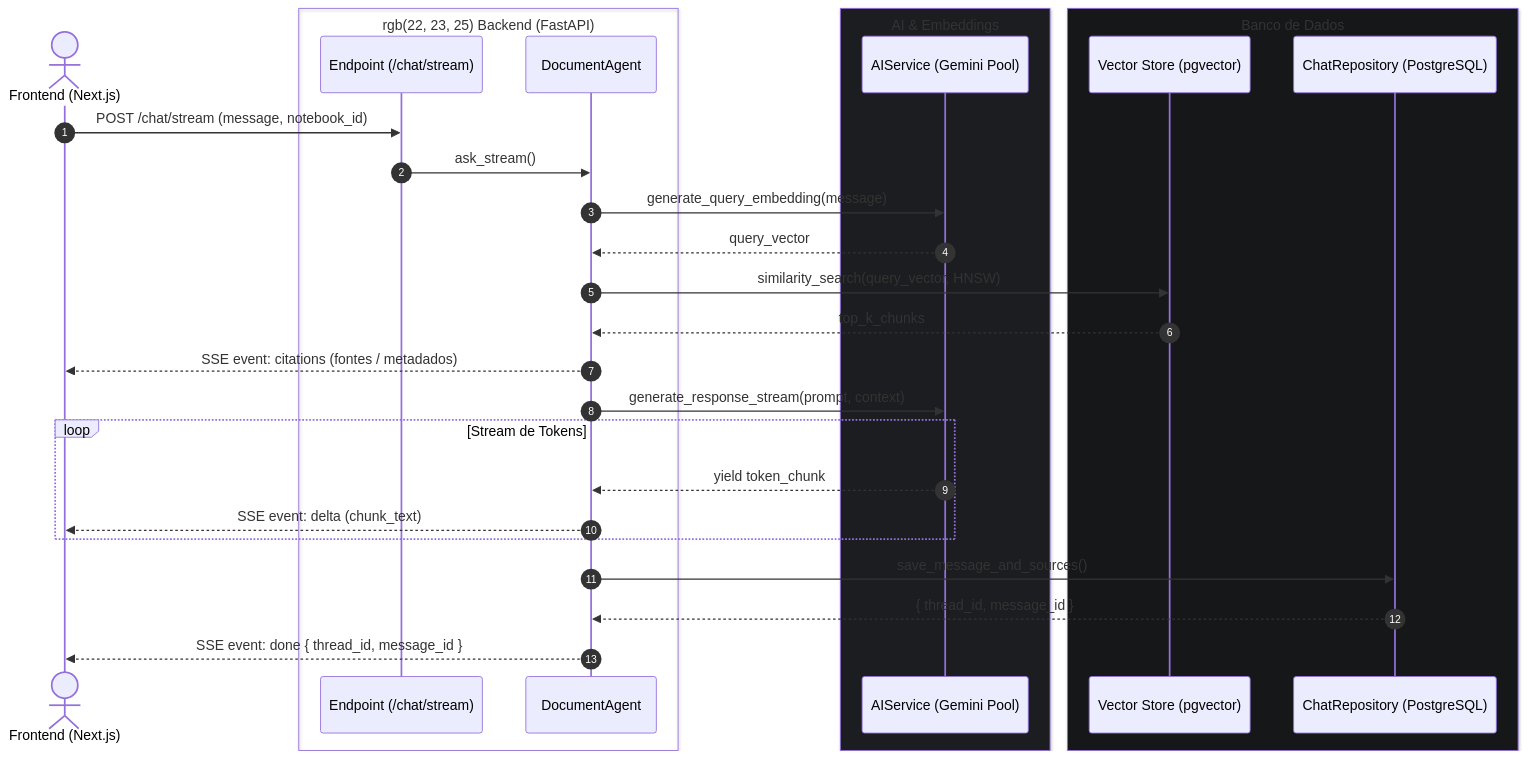
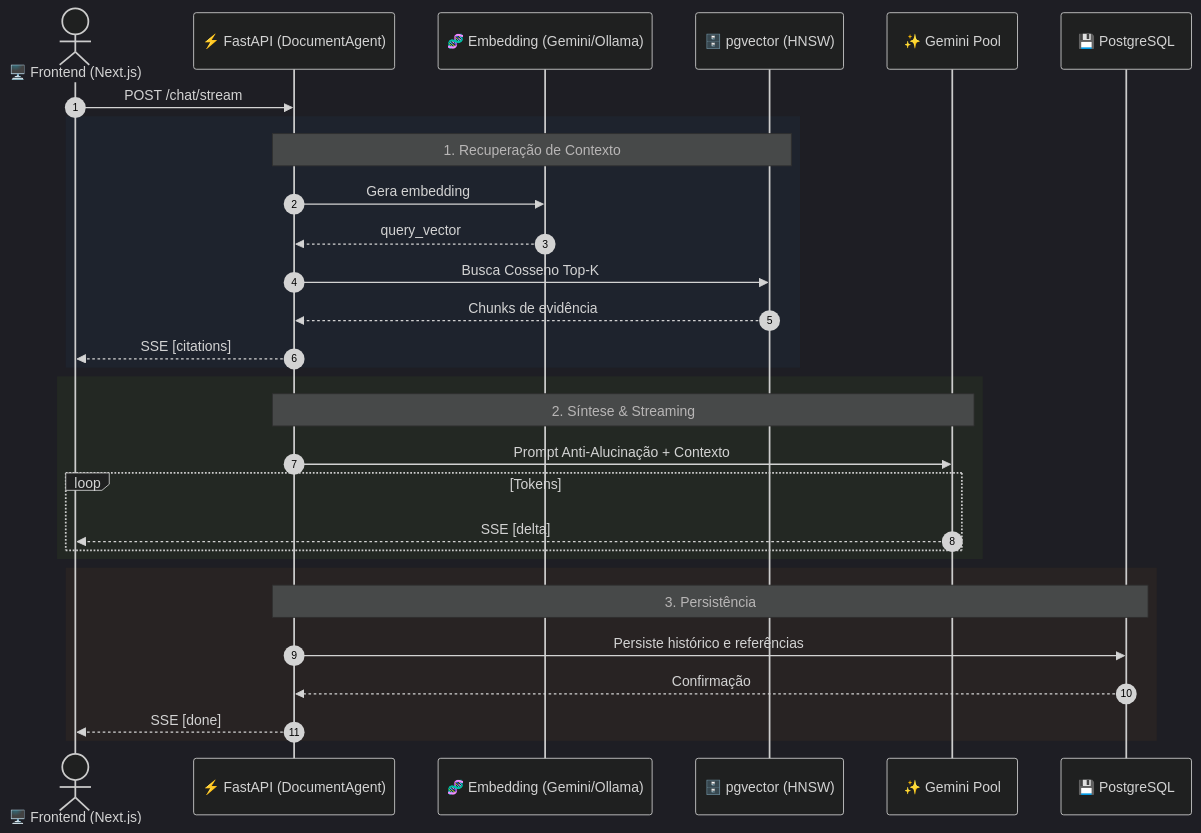
Before and after one commit to WMatias-Dev/document-ai-platform: the third of 3 diagrams in readme.md, drawn with Mermaid. The commit also changed other lines of this file, not shown here.

````diff
--- a/readme.md
+++ b/readme.md
@@ -173,44 +155,37 @@
 ```mermaid
+%%{init: {'theme': 'dark', 'themeVariables': { 'fontSize': '12px', 'darkMode': true }}}%%
 sequenceDiagram
     autonumber
-    actor User as Frontend (Next.js)
+    actor User as 🖥️ Frontend (Next.js)
+    participant API as ⚡ FastAPI (DocumentAgent)
+    participant Emb as 🧬 Embedding (Gemini/Ollama)
+    participant Vec as 🗄️ pgvector (HNSW)
+    participant LLM as ✨ Gemini Pool
+    participant DB as 💾 PostgreSQL
+
+    User->>API: POST /chat/stream
     
-    box rgb(22, 23, 25) Backend (FastAPI)
-        participant API as Endpoint (/chat/stream)
-        participant Agent as DocumentAgent
+    rect rgb(30, 35, 45)
+        Note over API,Vec: 1. Recuperação de Contexto
+        API->>Emb: Gera embedding
+        Emb-->>API: query_vector
+        API->>Vec: Busca Cosseno Top-K
+        Vec-->>API: Chunks de evidência
+        API-->>User: SSE [citations]
     end
 
-    box rgb(28, 29, 32) AI & Embeddings
-        participant Gemini as AIService (Gemini Pool)
+    rect rgb(35, 40, 35)
+        Note over API,LLM: 2. Síntese & Streaming
+        API->>LLM: Prompt Anti-Alucinação + Contexto
+        loop Tokens
+            LLM-->>User: SSE [delta]
+        end
     end
 
-    box rgb(22, 23, 25) Banco de Dados
-        participant VectorDB as Vector Store (pgvector)
-        participant RelDB as ChatRepository (PostgreSQL)
+    rect rgb(40, 35, 35)
+        Note over API,DB: 3. Persistência
+        API->>DB: Persiste histórico e referências
+        DB-->>API: Confirmação
+        API-->>User: SSE [done]
     end
-
-    %% 1. Início da requisição
-    User->>API: POST /chat/stream (message, notebook_id)
-    API->>Agent: ask_stream()
-
-    %% 2. Embeddings & RAG
-    Agent->>Gemini: generate_query_embedding(message)
-    Gemini-->>Agent: query_vector
-    Agent->>VectorDB: similarity_search(query_vector, HNSW)
-    VectorDB-->>Agent: top_k_chunks
-
-    %% 3. Envio antecipado de fontes (SSE)
-    Agent-->>User: SSE event: citations (fontes / metadados)
-
-    %% 4. Streaming da resposta
-    Agent->>Gemini: generate_response_stream(prompt, context)
-    loop Stream de Tokens
-        Gemini-->>Agent: yield token_chunk
-        Agent-->>User: SSE event: delta (chunk_text)
-    end
-
-    %% 5. Persistência e Encerramento
-    Agent->>RelDB: save_message_and_sources()
-    RelDB-->>Agent: { thread_id, message_id }
-    Agent-->>User: SSE event: done { thread_id, message_id }
 ```
````
